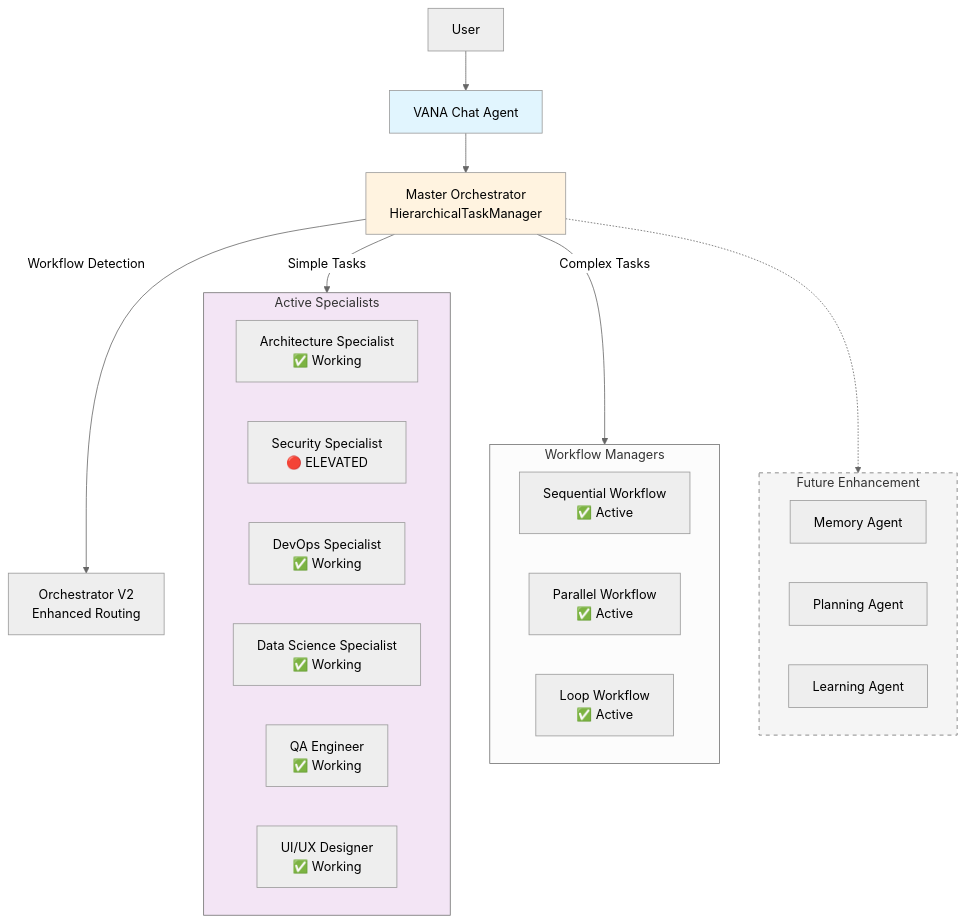
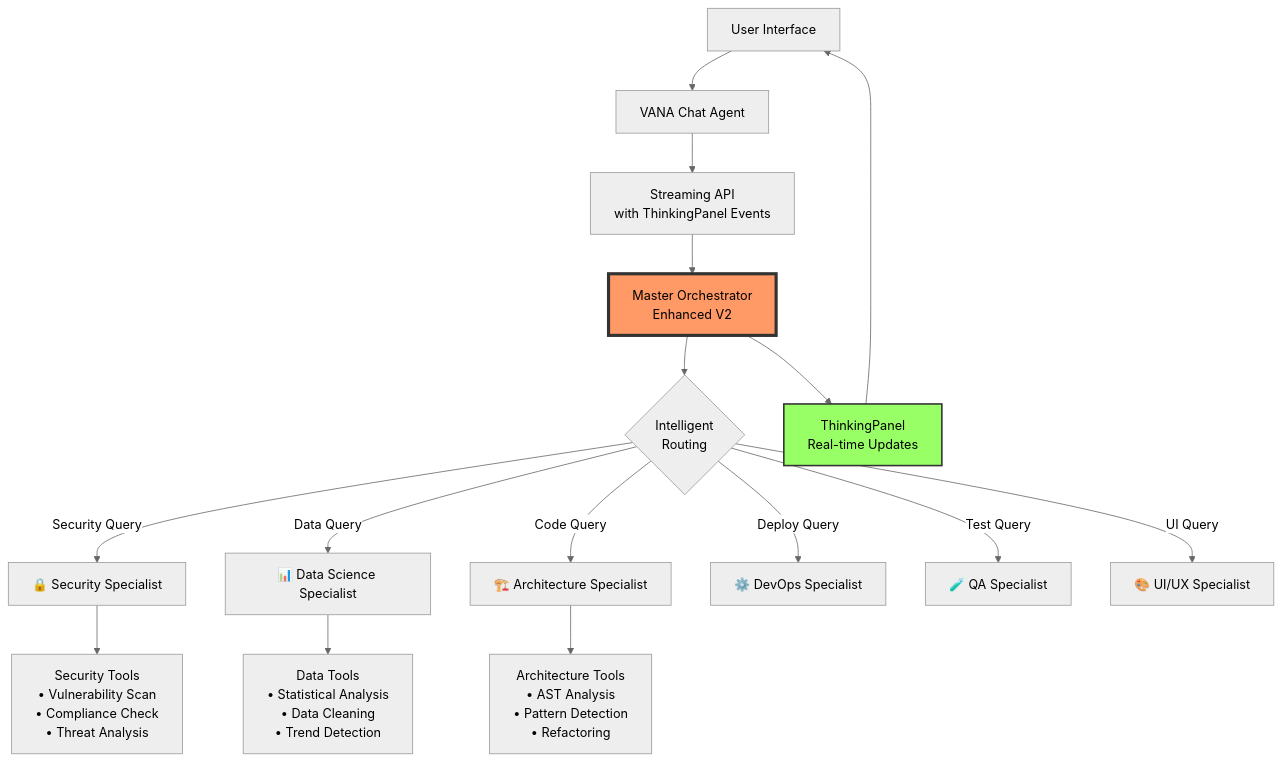
Before and after one commit to NickB03/vana: the diagram in README.md, drawn with Mermaid (neutral theme). The commit also changed other lines of this file and 123 other files, not shown here.

````diff
--- a/README.md
+++ b/README.md
@@ -197,37 +91,25 @@
 ```mermaid
 graph TD
-    User[User] --> VANA[VANA Chat Agent]
-    VANA --> MO[Master Orchestrator<br/>HierarchicalTaskManager]
+    User[User Interface] --> Chat[VANA Chat Agent]
+    Chat --> Stream[Streaming API<br/>with ThinkingPanel Events]
+    Stream --> Orchestrator[Master Orchestrator<br/>Enhanced V2]
     
-    MO --> |Simple Tasks| Specialists
-    MO --> |Complex Tasks| Workflows
-    MO --> |Workflow Detection| OV2[Orchestrator V2<br/>Enhanced Routing]
+    Orchestrator --> Routing{Intelligent<br/>Routing}
     
-    subgraph Workflows[Workflow Managers]
-        SEQ[Sequential Workflow<br/>✅ Active]
-        PAR[Parallel Workflow<br/>✅ Active]
-        LOOP[Loop Workflow<br/>✅ Active]
-    end
+    Routing -->|Security Query| Security[🔒 Security Specialist]
+    Routing -->|Data Query| DataSci[📊 Data Science Specialist]
+    Routing -->|Code Query| Arch[🏗️ Architecture Specialist]
+    Routing -->|Deploy Query| DevOps[⚙️ DevOps Specialist]
+    Routing -->|Test Query| QA[🧪 QA Specialist]
+    Routing -->|UI Query| UIUX[🎨 UI/UX Specialist]
     
-    subgraph Specialists[Active Specialists]
-        ARCH[Architecture Specialist<br/>✅ Working]
-        SEC[Security Specialist<br/>🔴 ELEVATED]
-        DO[DevOps Specialist<br/>✅ Working]
-        DS[Data Science Specialist<br/>✅ Working]
-        QA[QA Engineer<br/>✅ Working]
-        UI[UI/UX Designer<br/>✅ Working]
-    end
+    Security --> Tools1[Security Tools<br/>• Vulnerability Scan<br/>• Compliance Check<br/>• Threat Analysis]
+    DataSci --> Tools2[Data Tools<br/>• Statistical Analysis<br/>• Data Cleaning<br/>• Trend Detection]
+    Arch --> Tools3[Architecture Tools<br/>• AST Analysis<br/>• Pattern Detection<br/>• Refactoring]
     
-    subgraph Maintenance[Future Enhancement]
-        MA[Memory Agent]
-        PA[Planning Agent]
-        LA[Learning Agent]
-    end
+    Orchestrator --> Thinking[ThinkingPanel<br/>Real-time Updates]
+    Thinking --> User
     
-    MO -.-> Maintenance
-    
-    style VANA fill:#e1f5fe
-    style MO fill:#fff3e0
-    style Specialists fill:#f3e5f5
-    style Maintenance fill:#f5f5f5,stroke-dasharray: 5 5
+    style Orchestrator fill:#f96,stroke:#333,stroke-width:4px
+    style Thinking fill:#9f6,stroke:#333,stroke-width:2px
 ```
````
